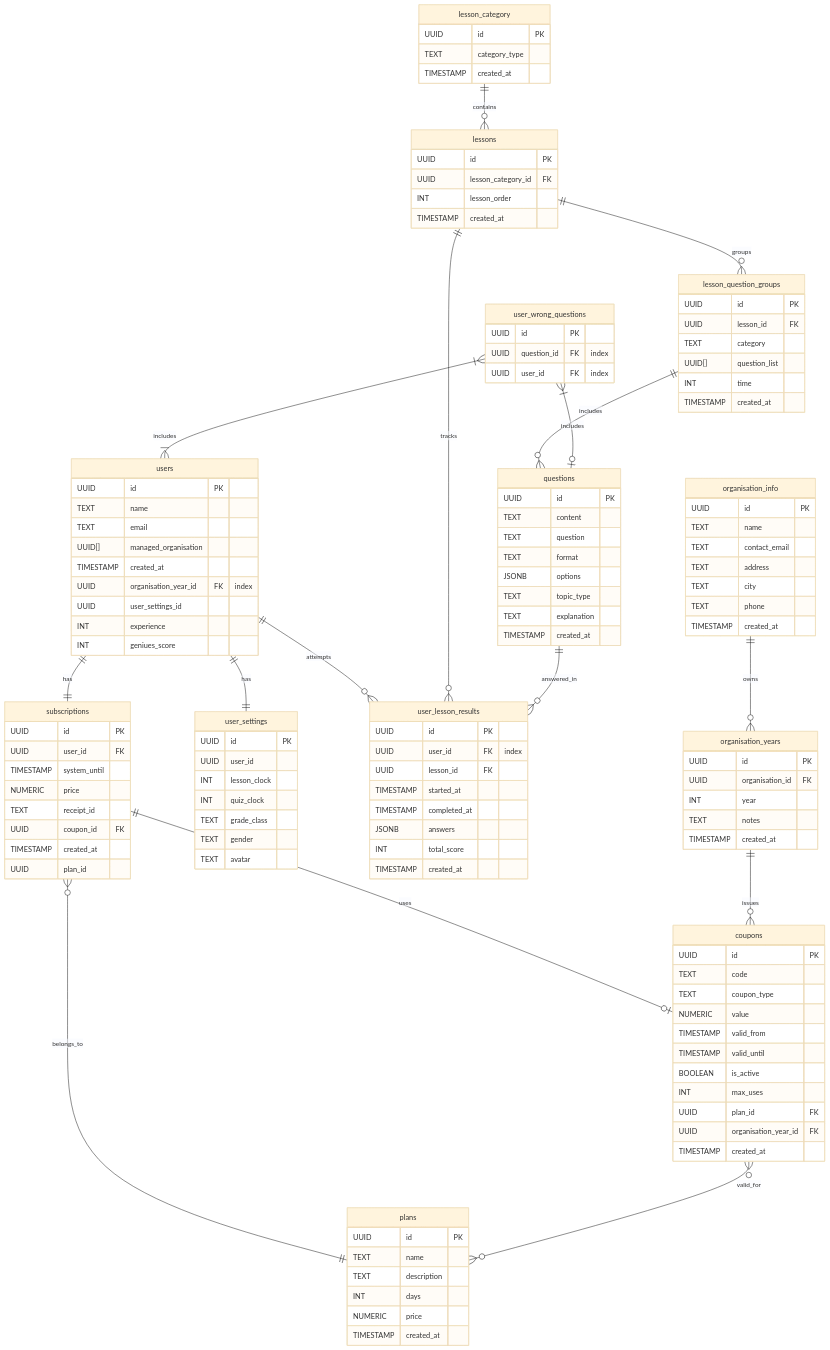
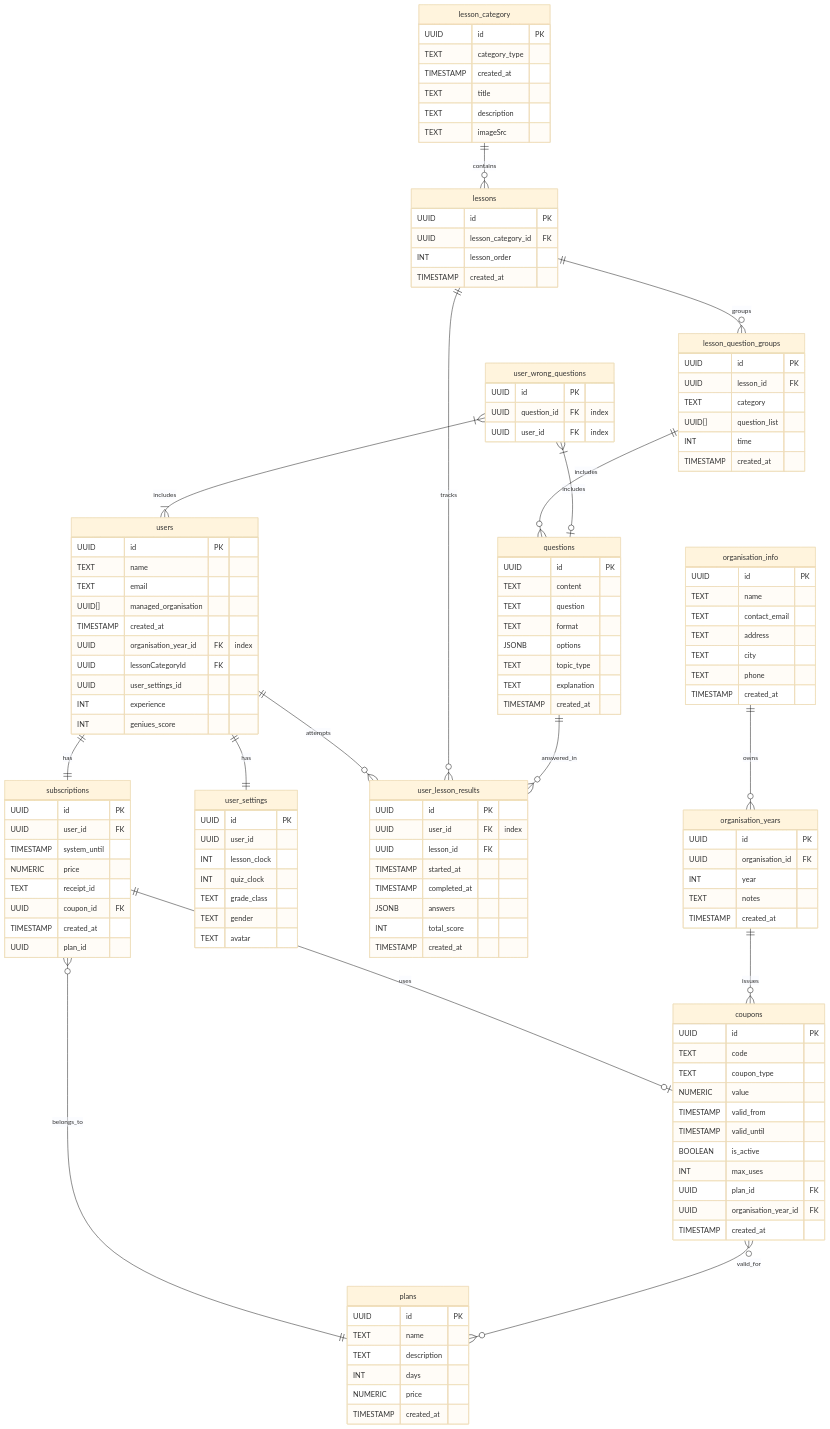
Before and after one commit to raphaelHouri/smarti-web: the diagram in MermaidChart.mmd, drawn with Mermaid (base theme). The commit also changed 36 other files, not shown here.

```diff
--- a/MermaidChart.mmd
+++ b/MermaidChart.mmd
@@ -1,141 +1,145 @@
 erDiagram
 
 users ||--|| subscriptions : has
 users ||--|| user_settings : has
 users ||--o{ user_lesson_results : attempts
 subscriptions ||--o| coupons : uses
 subscriptions }o--|| plans : belongs_to
 coupons }o--o{ plans : valid_for
 lesson_category ||--o{ lessons : contains
 lessons ||--o{ user_lesson_results : tracks
 lessons ||--o{ lesson_question_groups : groups
 lesson_question_groups ||--o{ questions : includes
 questions ||--o{ user_lesson_results : answered_in
 organisation_info ||--o{ organisation_years : owns
 organisation_years ||--o{ coupons : issues
 user_wrong_questions |{--o| questions : includes
 user_wrong_questions |{--}| users : includes
 users {
   UUID id PK
   TEXT name
   TEXT email
   UUID[] managed_organisation
   TIMESTAMP created_at
   UUID organisation_year_id FK "index"
+  UUID lessonCategoryId FK 
   UUID user_settings_id 
   INT experience
   INT geniues_score
 }
 
 user_settings {
   UUID id PK
   UUID user_id
   INT lesson_clock
   INT quiz_clock
   TEXT grade_class
   TEXT gender
   TEXT avatar 
 }
 
 subscriptions {
   UUID id PK
   UUID user_id FK
   TIMESTAMP system_until
   NUMERIC price
   TEXT receipt_id
   UUID coupon_id FK
   TIMESTAMP created_at
   UUID plan_id
 }
 
 coupons {
   UUID id PK
   TEXT code
   TEXT coupon_type
   NUMERIC value
   TIMESTAMP valid_from
   TIMESTAMP valid_until
   BOOLEAN is_active
   INT max_uses
   UUID plan_id FK
   UUID organisation_year_id FK 
   TIMESTAMP created_at
 }
 
 plans {
   UUID id PK
   TEXT name
   TEXT description
   INT days
   NUMERIC price
   TIMESTAMP created_at
 }
 
 lesson_category  {
   UUID id PK
   TEXT category_type
   TIMESTAMP created_at
+  TEXT title
+  TEXT description
+  TEXT imageSrc
 }
 
 lessons {
   UUID id PK
   UUID lesson_category_id FK
   INT lesson_order
   TIMESTAMP created_at
 }
 
 lesson_question_groups {
   UUID id PK
   UUID lesson_id FK
   TEXT category
   UUID[] question_list
   INT time
   TIMESTAMP created_at
 }
 
 questions {
   UUID id PK
   TEXT content
   TEXT question
   TEXT format
   JSONB options
   TEXT topic_type
   TEXT explanation
   TIMESTAMP created_at
 }
 
 user_lesson_results {
   UUID id PK
   UUID user_id FK "index"
   UUID lesson_id FK
   TIMESTAMP started_at
   TIMESTAMP completed_at
   JSONB answers
   INT total_score
   TIMESTAMP created_at
 }
 
 organisation_info {
   UUID id PK
   TEXT name
   TEXT contact_email
   TEXT address
   TEXT city
   TEXT phone
   TIMESTAMP created_at
 }
 
 organisation_years {
   UUID id PK
   UUID organisation_id FK
   INT year
   TEXT notes
   TIMESTAMP created_at
 }
 
 user_wrong_questions{
   UUID id PK
   UUID question_id FK "index"
   UUID user_id FK "index"
 
 }
```
